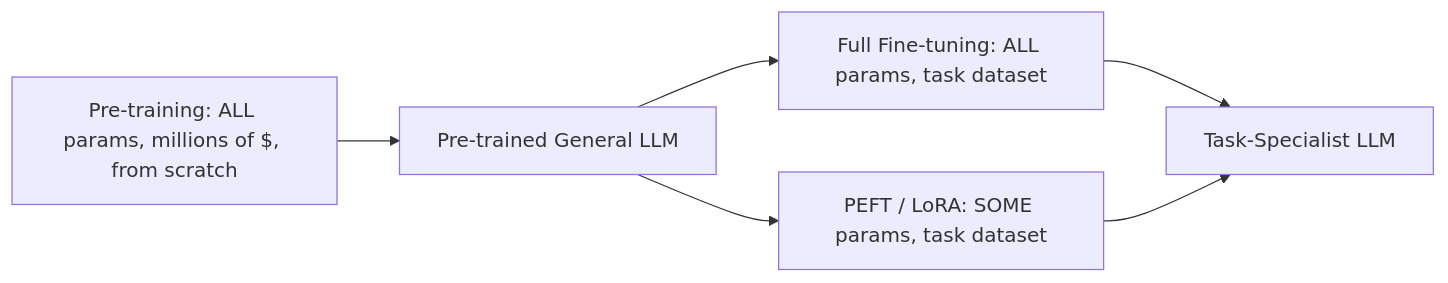
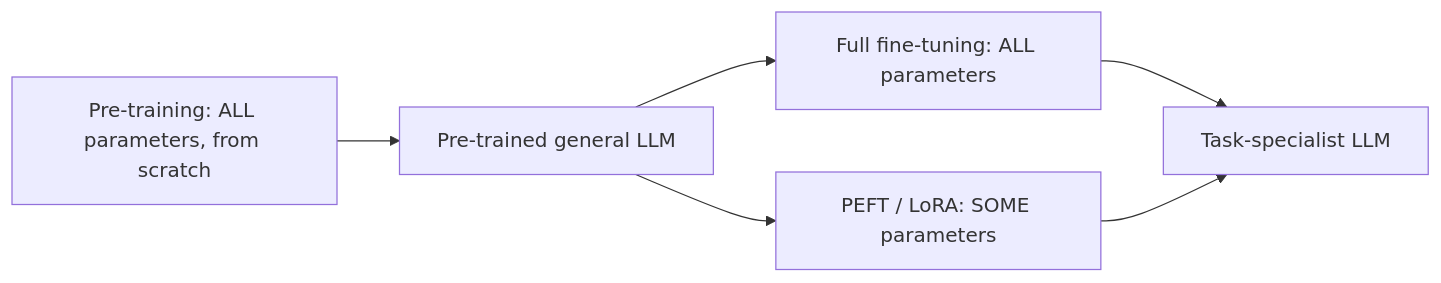
One commit to lokumai/ai-engineering-bazaar changed the third of 4 diagrams in mini-courses/1_fundamentals/2_training.md. Above: the diagram before and after it, drawn with Mermaid. The commit also changed other lines of this file and 71 other files, not shown here.

````diff
--- a/mini-courses/1_fundamentals/2_training.md
+++ b/mini-courses/1_fundamentals/2_training.md
@@ -146,8 +250,8 @@
 ```mermaid
 graph LR
-    A[Pre-training: ALL params, millions of $, from scratch] --> B[Pre-trained General LLM]
-    B --> C[Full Fine-tuning: ALL params, task dataset]
-    B --> D[PEFT / LoRA: SOME params, task dataset]
-    C --> E[Task-Specialist LLM]
+    A["Pre-training: ALL parameters, from scratch"] --> B["Pre-trained general LLM"]
+    B --> C["Full fine-tuning: ALL parameters"]
+    B --> D["PEFT / LoRA: SOME parameters"]
+    C --> E["Task-specialist LLM"]
     D --> E
 ```
````
